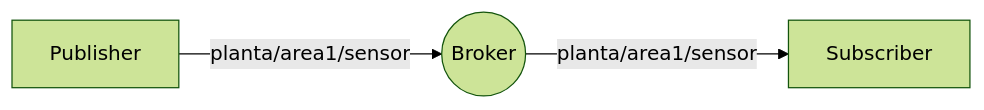
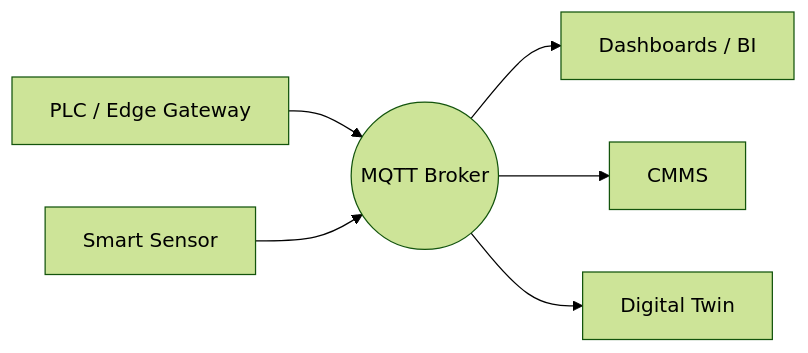
One commit to eduardojvieira/website changed the diagram in src/data/post/mqtt-principles-pub-sub.md. Above: the diagram before and after it, drawn with Mermaid (forest theme). The commit also changed other lines of this file and 45 other files, not shown here.

````diff
--- a/src/data/post/mqtt-principles-pub-sub.md
+++ b/src/data/post/mqtt-principles-pub-sub.md
@@ -32,5 +30,8 @@
 ```mermaid
 flowchart LR
-  Pub[Publisher] -->|"planta/area1/sensor"| Broker((Broker))
-  Broker -->|"planta/area1/sensor"| Sub[Subscriber]
+  PLC[PLC / Edge Gateway] --> Broker((MQTT Broker))
+  Sensor[Smart Sensor] --> Broker
+  Broker --> Dashboard[Dashboards / BI]
+  Broker --> CMMS[CMMS]
+  Broker --> Twin[Digital Twin]
 ```
````
